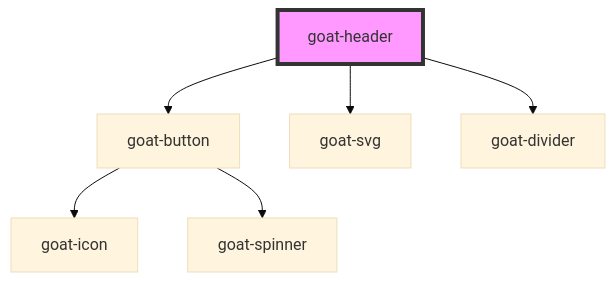
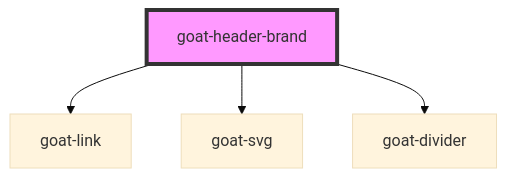
Before and after one commit to goatui/components: the diagram in src/components/navigation/header/header-brand/readme.md, drawn with Mermaid (base theme). The commit also changed other lines of this file and 8 other files, not shown here.

````diff
--- a/src/components/navigation/header/header-brand/readme.md
+++ b/src/components/navigation/header/header-brand/readme.md
@@ -28,9 +27,7 @@
 ```mermaid
 graph TD;
-  goat-header --> goat-button
-  goat-header --> goat-svg
-  goat-header --> goat-divider
-  goat-button --> goat-icon
-  goat-button --> goat-spinner
-  style goat-header fill:#f9f,stroke:#333,stroke-width:4px
+  goat-header-brand --> goat-link
+  goat-header-brand --> goat-svg
+  goat-header-brand --> goat-divider
+  style goat-header-brand fill:#f9f,stroke:#333,stroke-width:4px
 ```
````
